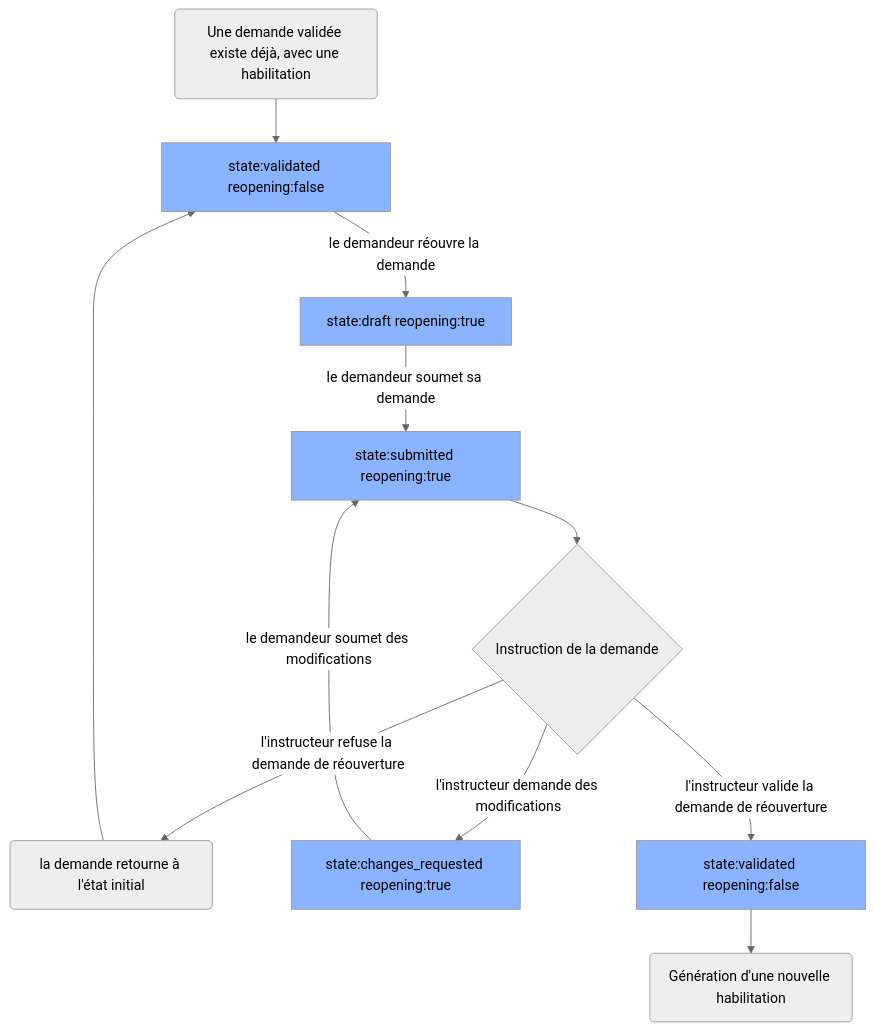
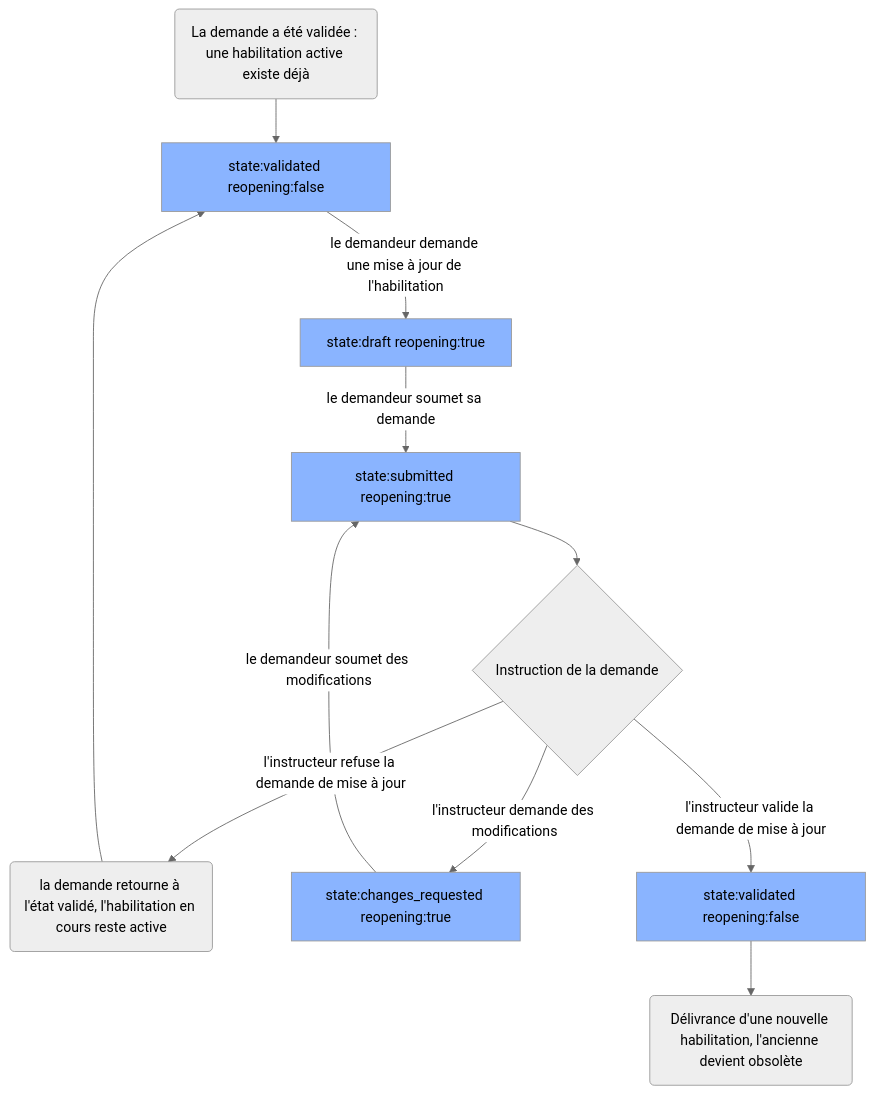
Before and after one commit to etalab/data_pass: the second of 3 diagrams in docs/metier/lifecycle_documentation.md, drawn with Mermaid (neutral theme). The commit also changed other lines of this file and 3 other files, not shown here.

First line of the commit message:
Aligne la documentation du cycle de vie sur demande et habilitation

````diff
--- a/docs/metier/lifecycle_documentation.md
+++ b/docs/metier/lifecycle_documentation.md
@@ -35,17 +33,17 @@
 ```mermaid
   flowchart TD
   classDef stateNodes fill:#8ab4ff;
   
-  0(Une demande validée existe déjà, avec une habilitation) --> A0[state:validated reopening:false]
-  A0 -->|le demandeur réouvre la demande| A[state:draft reopening:true]
+  0(La demande a été validée : une habilitation active existe déjà) --> A0[state:validated reopening:false]
+  A0 -->|le demandeur demande une mise à jour de l'habilitation| A[state:draft reopening:true]
   A -->|le demandeur soumet sa demande| B[state:submitted reopening:true]
   B --> C{Instruction de la demande}
-  C -->|l'instructeur refuse la demande de réouverture| F(la demande retourne à l'état initial)
+  C -->|l'instructeur refuse la demande de mise à jour| F(la demande retourne à l'état validé, l'habilitation en cours reste active)
   F -->A0
   C -->|l'instructeur demande des modifications| E[state:changes_requested reopening:true]
-  D -->G(Génération d'une nouvelle habilitation)
+  D -->G(Délivrance d'une nouvelle habilitation, l'ancienne devient obsolète)
   E -->|le demandeur soumet des modifications|B
-  C -->|l'instructeur valide la demande de réouverture| D[state:validated reopening:false]
+  C -->|l'instructeur valide la demande de mise à jour| D[state:validated reopening:false]
 
   class A0,A,B,D,E stateNodes;
 ```
````
